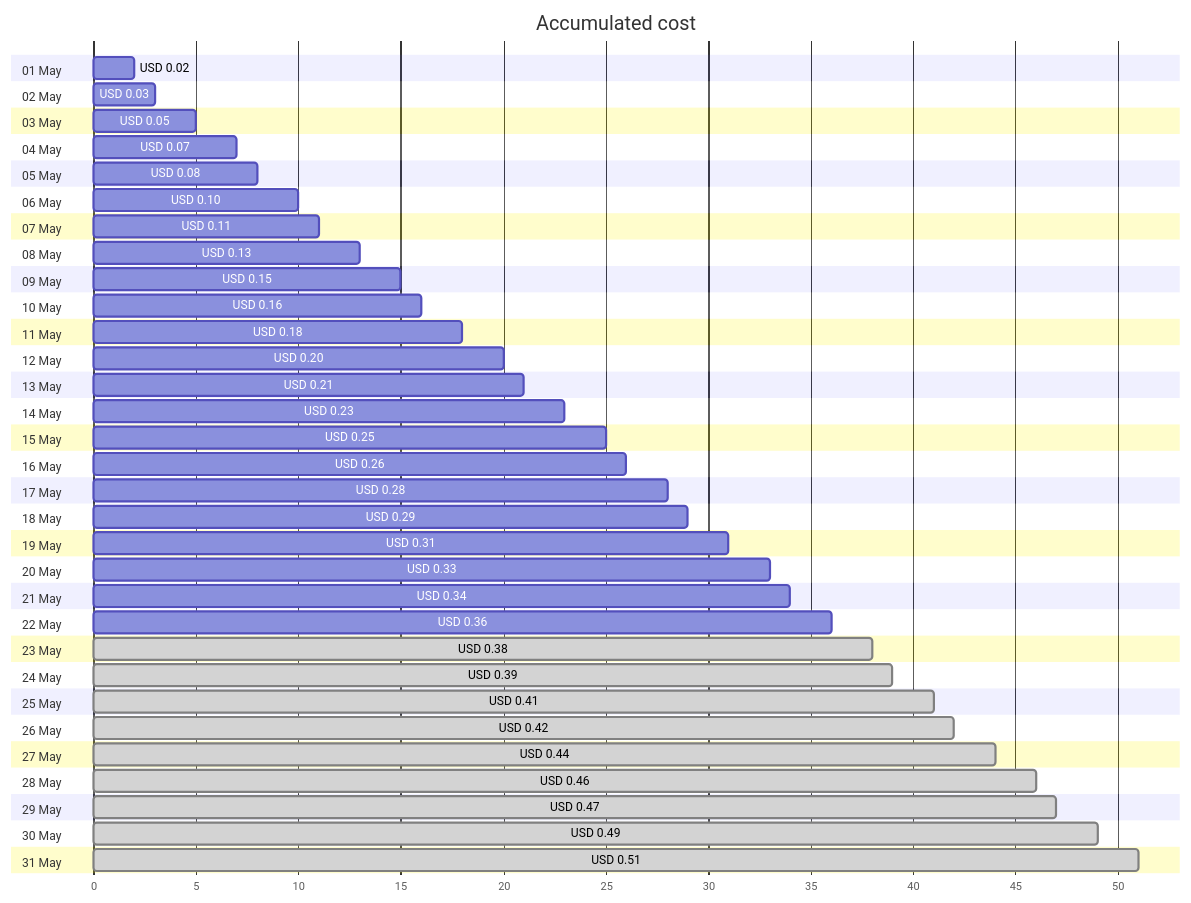
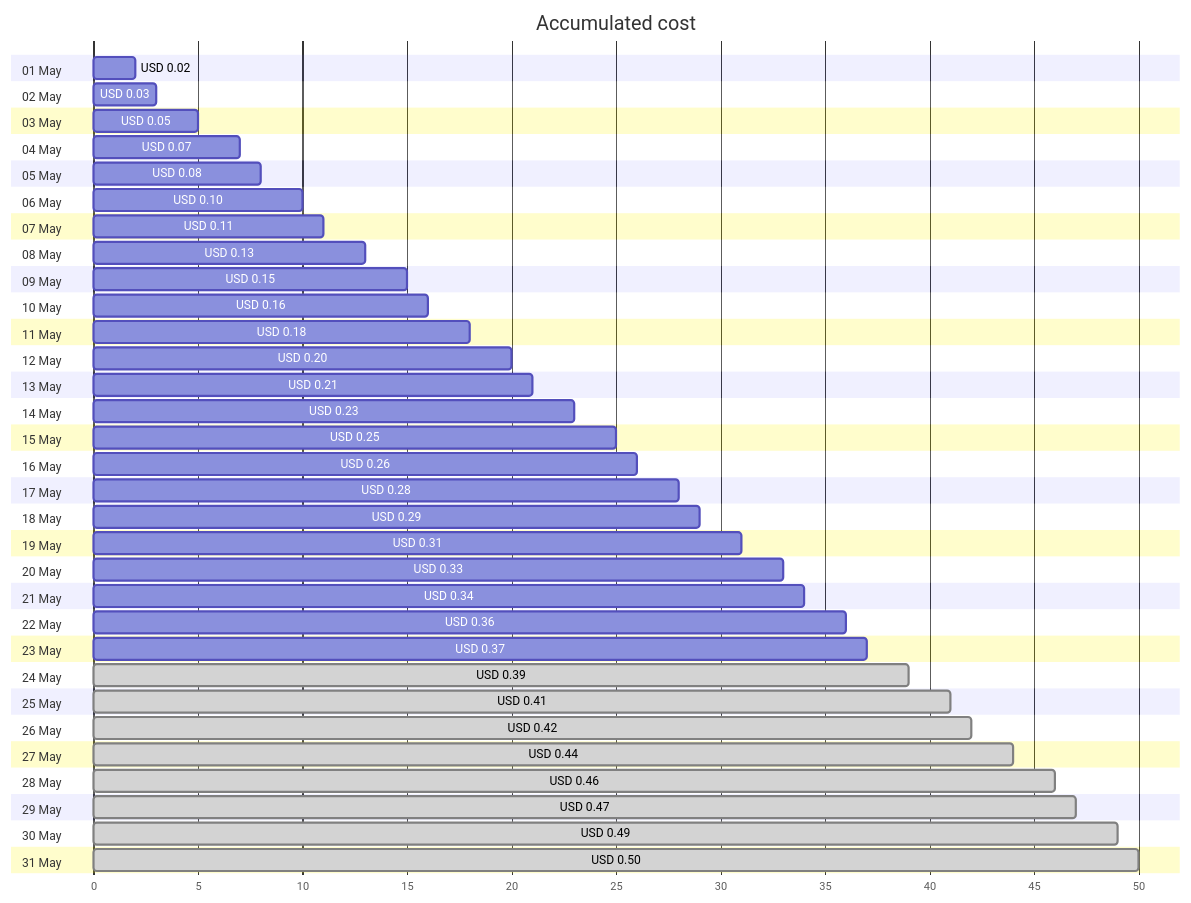
Before and after one commit to jpfulton/azure-personal-reports: the first of 4 diagrams in cost-reports/personal-dns/jpatrickfulton.com.md, drawn with Mermaid. The commit also changed other lines of this file and 2 other files, not shown here.

````diff
--- a/cost-reports/personal-dns/jpatrickfulton.com.md
+++ b/cost-reports/personal-dns/jpatrickfulton.com.md
@@ -20,68 +20,68 @@
 ```mermaid
 gantt
    title Accumulated cost
    dateFormat  X
    axisFormat %s
    section 01 May
    USD 0.02 :0, 2
    section 02 May
    USD 0.03 :0, 3
    section 03 May
    USD 0.05 :0, 5
    section 04 May
    USD 0.07 :0, 7
    section 05 May
    USD 0.08 :0, 8
    section 06 May
    USD 0.10 :0, 10
    section 07 May
    USD 0.11 :0, 11
    section 08 May
    USD 0.13 :0, 13
    section 09 May
    USD 0.15 :0, 15
    section 10 May
    USD 0.16 :0, 16
    section 11 May
    USD 0.18 :0, 18
    section 12 May
    USD 0.20 :0, 20
    section 13 May
    USD 0.21 :0, 21
    section 14 May
    USD 0.23 :0, 23
    section 15 May
    USD 0.25 :0, 25
    section 16 May
    USD 0.26 :0, 26
    section 17 May
    USD 0.28 :0, 28
    section 18 May
    USD 0.29 :0, 29
    section 19 May
    USD 0.31 :0, 31
    section 20 May
    USD 0.33 :0, 33
    section 21 May
    USD 0.34 :0, 34
    section 22 May
    USD 0.36 :0, 36
    section 23 May
-   USD 0.38 : done, 0, 38
+   USD 0.37 :0, 37
    section 24 May
    USD 0.39 : done, 0, 39
    section 25 May
    USD 0.41 : done, 0, 41
    section 26 May
    USD 0.42 : done, 0, 42
    section 27 May
    USD 0.44 : done, 0, 44
    section 28 May
    USD 0.46 : done, 0, 46
    section 29 May
    USD 0.47 : done, 0, 47
    section 30 May
    USD 0.49 : done, 0, 49
    section 31 May
-   USD 0.51 : done, 0, 51
+   USD 0.50 : done, 0, 50
 ```
````
